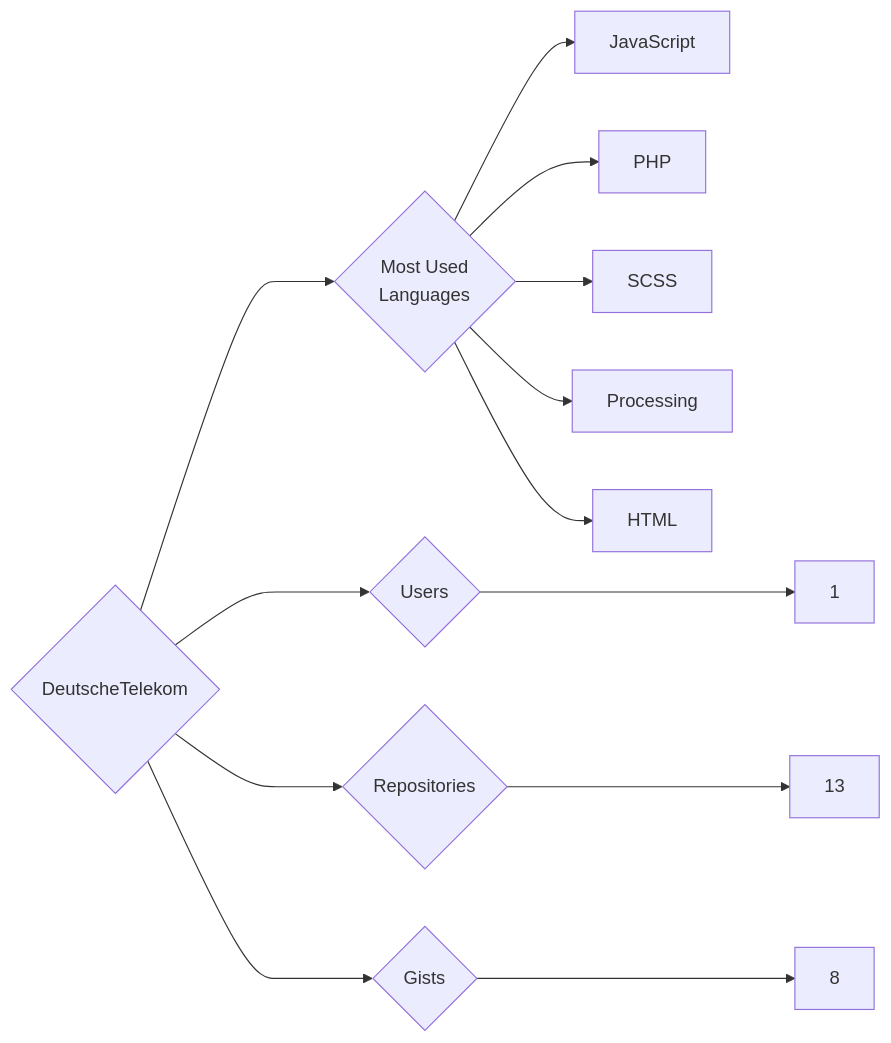
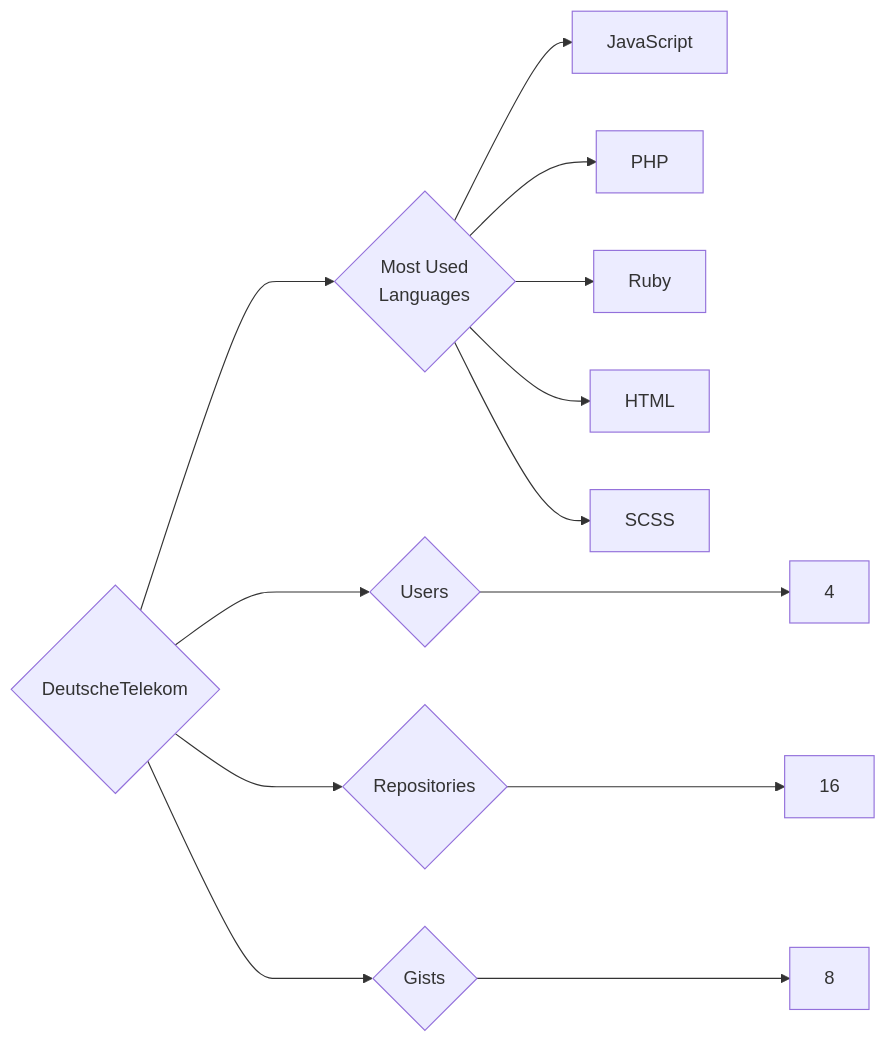
The diagram in targets/DeutscheTelekom/README.md (trickest/insiders), drawn with Mermaid before and after one commit. The commit also changed 1088 other files, not shown here.

````diff
--- a/targets/DeutscheTelekom/README.md
+++ b/targets/DeutscheTelekom/README.md
@@ -3,13 +3,13 @@
 ```mermaid
 graph LR
 COMPANY_NAME{DeutscheTelekom}
-COMPANY_NAME ---> U{Users} ---> UN[1]
-COMPANY_NAME ---> R{Repositories} ---> RN[13]
+COMPANY_NAME ---> U{Users} ---> UN[4]
+COMPANY_NAME ---> R{Repositories} ---> RN[16]
 COMPANY_NAME ---> G{Gists} ---> GN[8]
 COMPANY_NAME ---> ML{Most Used<br>Languages}
 ML --> JavaScript[JavaScript]
 ML --> PHP[PHP]
+ML --> Ruby[Ruby]
+ML --> HTML[HTML]
 ML --> SCSS[SCSS]
-ML --> Processing[Processing]
-ML --> HTML[HTML]
 ```
````
